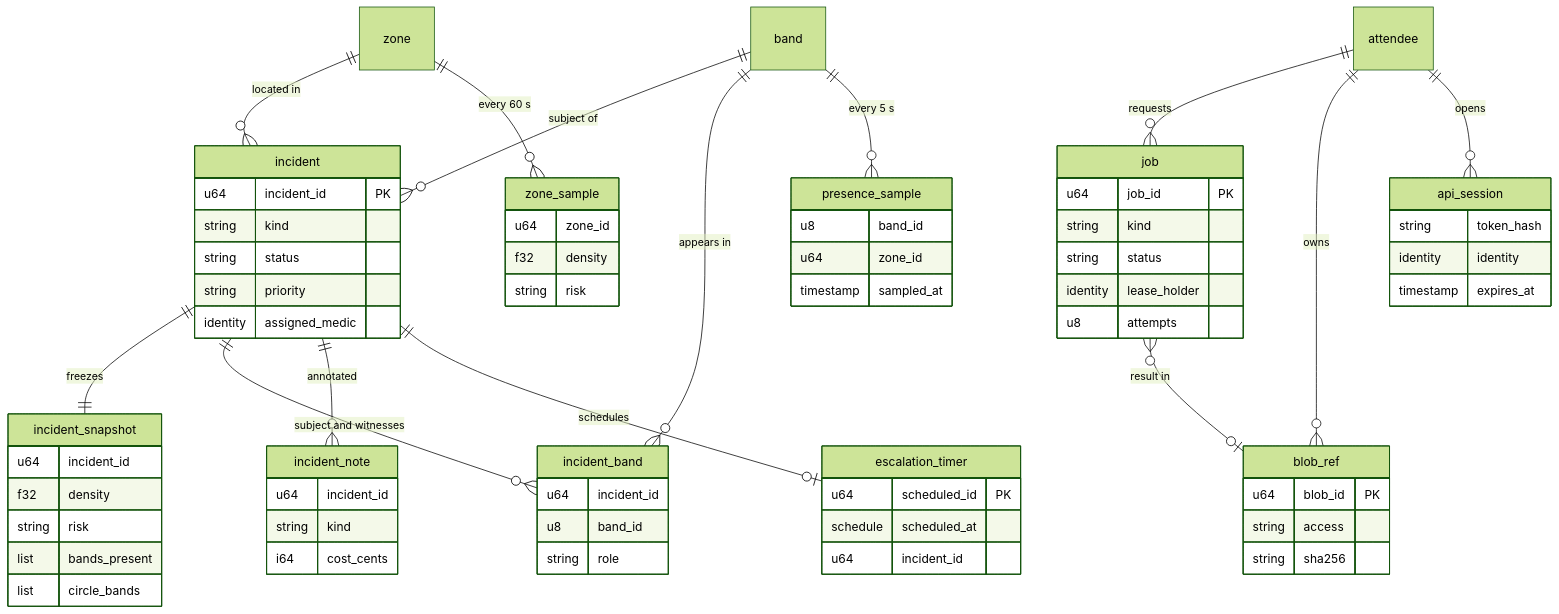
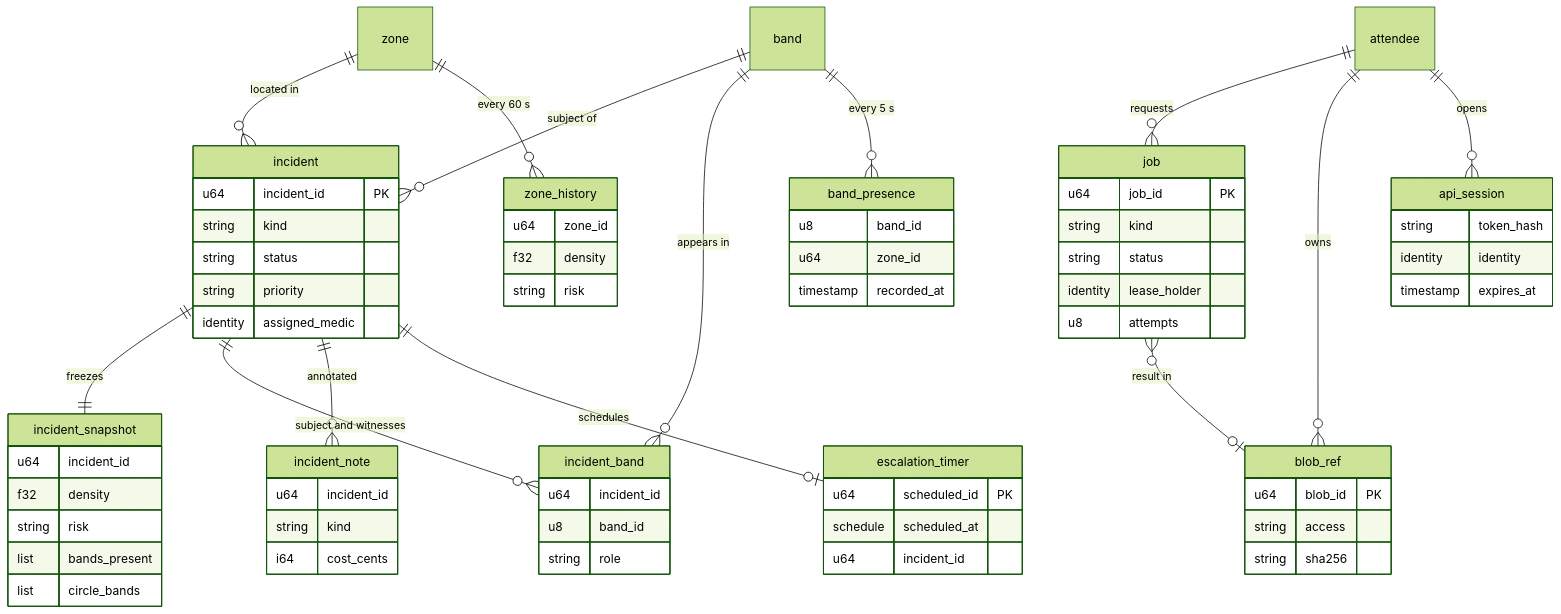
The third of 4 diagrams in System Design/2-data/SpacetimeDB.md (viktorinkov/cal-hacks-13), drawn with Mermaid (forest theme) before and after one commit. The commit also changed other lines of this file and 22 other files, not shown here.

````diff
--- a/System Design/2-data/SpacetimeDB.md
+++ b/System Design/2-data/SpacetimeDB.md
@@ -611,72 +611,72 @@
 ```mermaid
 erDiagram
   zone ||--o{ incident : "located in"
   band ||--o{ incident : "subject of"
   incident ||--|| incident_snapshot : freezes
   incident ||--o{ incident_band : "subject and witnesses"
   band ||--o{ incident_band : "appears in"
   incident ||--o{ incident_note : annotated
   incident ||--o| escalation_timer : schedules
-  band ||--o{ presence_sample : "every 5 s"
-  zone ||--o{ zone_sample : "every 60 s"
+  band ||--o{ band_presence : "every 5 s"
+  zone ||--o{ zone_history : "every 60 s"
   attendee ||--o{ job : requests
   job }o--o| blob_ref : "result in"
   attendee ||--o{ blob_ref : owns
   attendee ||--o{ api_session : opens
   incident {
     u64 incident_id PK
     string kind
     string status
     string priority
     identity assigned_medic
   }
   incident_snapshot {
     u64 incident_id
     f32 density
     string risk
     list bands_present
     list circle_bands
   }
   incident_band {
     u64 incident_id
     u8 band_id
     string role
   }
   incident_note {
     u64 incident_id
     string kind
     i64 cost_cents
   }
   escalation_timer {
     u64 scheduled_id PK
     schedule scheduled_at
     u64 incident_id
   }
-  presence_sample {
+  band_presence {
     u8 band_id
     u64 zone_id
-    timestamp sampled_at
+    timestamp recorded_at
   }
-  zone_sample {
+  zone_history {
     u64 zone_id
     f32 density
     string risk
   }
   job {
     u64 job_id PK
     string kind
     string status
     identity lease_holder
     u8 attempts
   }
   blob_ref {
     u64 blob_id PK
     string access
     string sha256
   }
   api_session {
     string token_hash
     identity identity
     timestamp expires_at
   }
 ```
````
